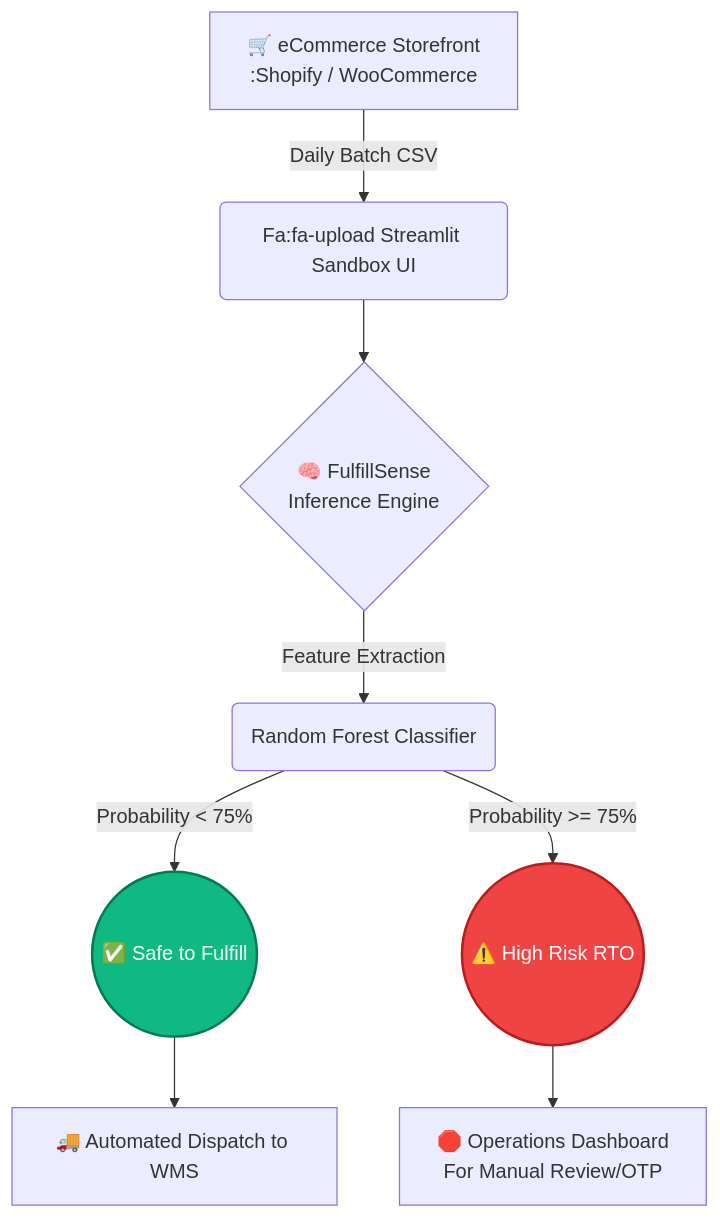
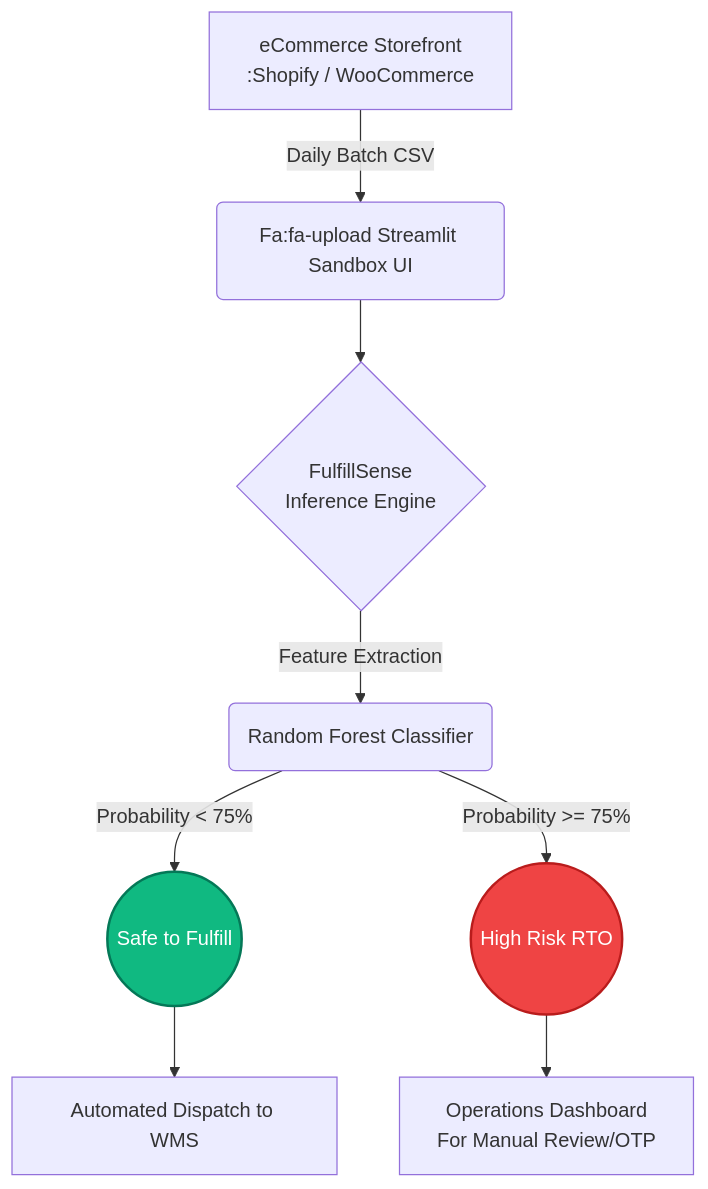
Before and after one commit to abhinavthakurr/fulfill-sense: the diagram in README.md, drawn with Mermaid. The commit also changed other lines of this file, not shown here.

````diff
--- a/README.md
+++ b/README.md
@@ -25,16 +25,16 @@
 ```mermaid
 graph TD
-    A[🛒 eCommerce Storefront<br>:Shopify / WooCommerce] -->|Daily Batch CSV| B(Fa:fa-upload Streamlit Sandbox UI)
-    B --> C{🧠 FulfillSense<br>Inference Engine}
+    A[eCommerce Storefront<br>:Shopify / WooCommerce] -->|Daily Batch CSV| B(Fa:fa-upload Streamlit Sandbox UI)
+    B --> C{FulfillSense<br>Inference Engine}
     C -->|Feature Extraction| D(Random Forest Classifier)
-    D -->|Probability < 75%| E((✅ Safe to Fulfill))
-    D -->|Probability >= 75%| F((⚠️ High Risk RTO))
+    D -->|Probability < 75%| E((Safe to Fulfill))
+    D -->|Probability >= 75%| F((High Risk RTO))
     
-    E --> G[🚚 Automated Dispatch to WMS]
-    F --> H[🛑 Operations Dashboard<br>For Manual Review/OTP]
+    E --> G[Automated Dispatch to WMS]
+    F --> H[Operations Dashboard<br>For Manual Review/OTP]
     
     classDef safe fill:#10B981,stroke:#047857,stroke-width:2px,color:white;
     classDef risk fill:#EF4444,stroke:#B91C1C,stroke-width:2px,color:white;
     class E safe;
     class F risk;
 ```
````
